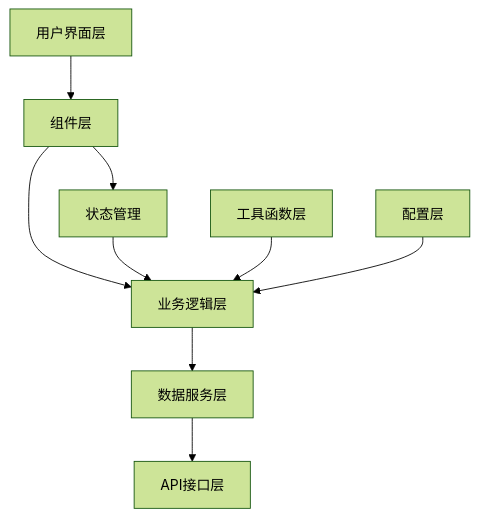
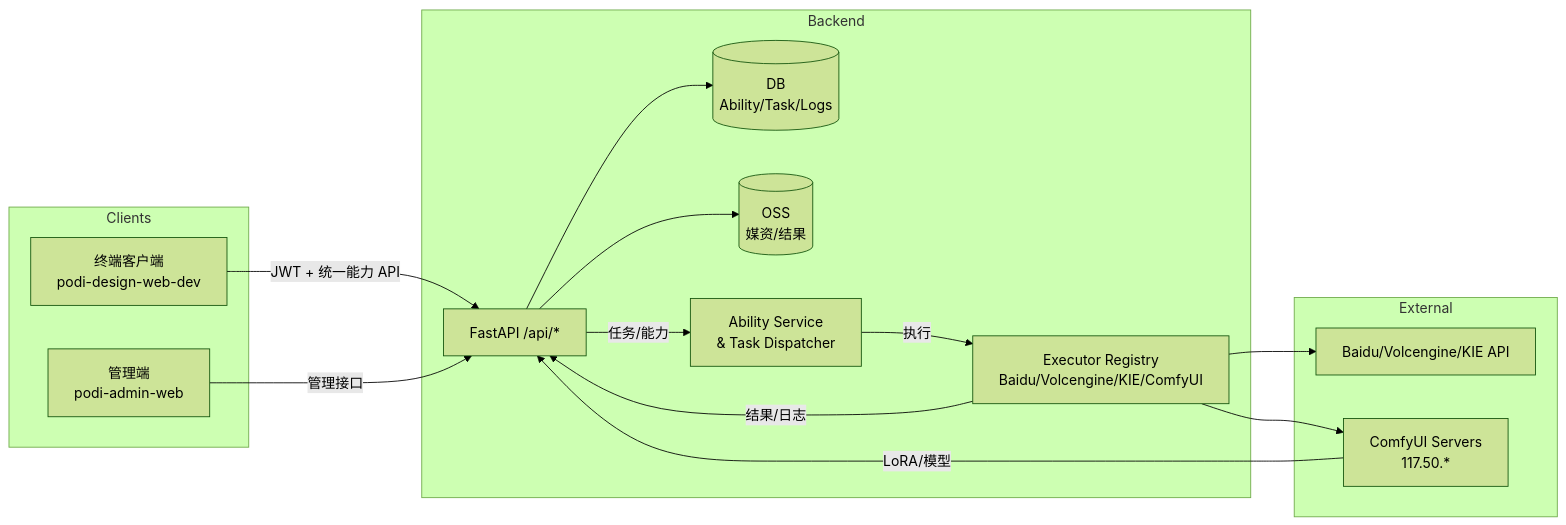
One commit to zhangx1234994/POD_AI changed the first of 4 diagrams in docs/architecture.md. Above: the diagram before and after it, drawn with Mermaid (forest theme). The commit also changed other lines of this file and 1 other file, not shown here.

Commit message:
docs: expand architecture and dev guide for ability api

````diff
--- a/docs/architecture.md
+++ b/docs/architecture.md
@@ -19,13 +26,29 @@
 ```mermaid
-graph TB
-    A[用户界面层] --> B[组件层]
-    B --> C[业务逻辑层]
-    C --> D[数据服务层]
-    D --> E[API接口层]
-    
-    B --> F[状态管理]
-    F --> C
-    
-    G[工具函数层] --> C
-    H[配置层] --> C
+flowchart LR
+    subgraph Clients
+        A[终端客户端\npodi-design-web-dev]
+        B[管理端\npodi-admin-web]
+    end
+    subgraph Backend
+        C[FastAPI /api/*]
+        D[(DB\nAbility/Task/Logs)]
+        E[(OSS\n媒资/结果)]
+        F[Ability Service\n& Task Dispatcher]
+        G[Executor Registry\nBaidu/Volcengine/KIE/ComfyUI]
+    end
+    subgraph External
+        H[Baidu/Volcengine/KIE API]
+        I[ComfyUI Servers\n117.50.*]
+    end
+
+    A -->|JWT + 统一能力 API| C
+    B -->|管理接口| C
+    C --> D
+    C --> E
+    C -->|任务/能力| F
+    F -->|执行| G
+    G --> H
+    G --> I
+    G -->|结果/日志| C
+    I -->|LoRA/模型| C
 ```
````
